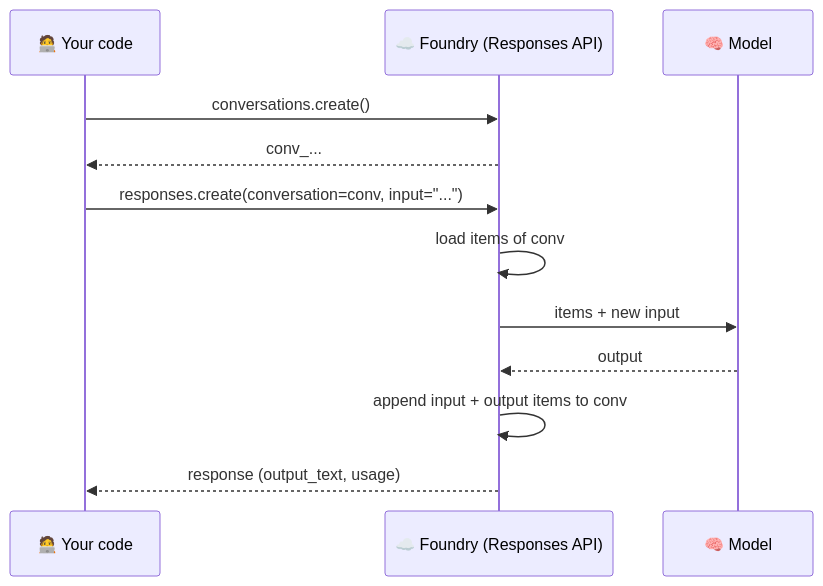
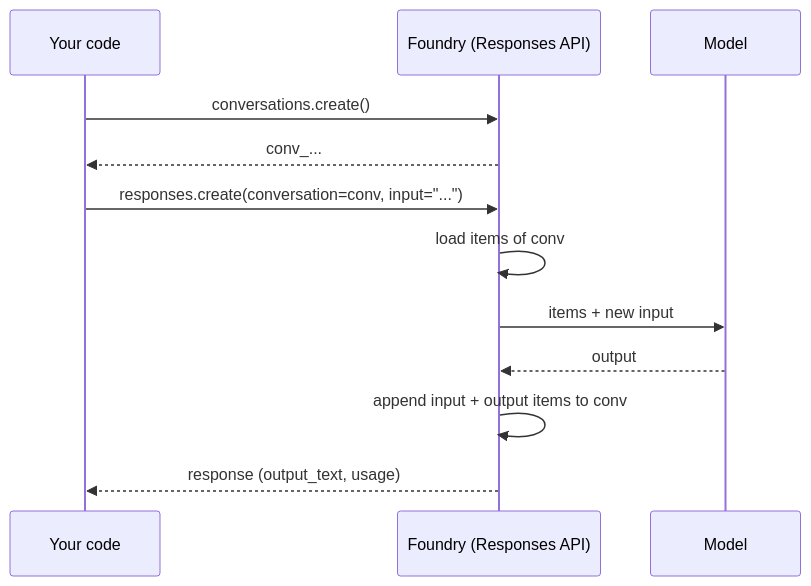
Before and after one commit to nampacx/MS-Foundry-from-0-to-hero: the diagram in docs/conversations.md, drawn with Mermaid. The commit also changed other lines of this file and 37 other files, not shown here.

````diff
--- a/docs/conversations.md
+++ b/docs/conversations.md
@@ -17,14 +17,14 @@
 ```mermaid
 sequenceDiagram
-    participant C as 🧑‍💻 Your code
-    participant F as ☁️ Foundry (Responses API)
-    participant M as 🧠 Model
+    participant C as Your code
+    participant F as Foundry (Responses API)
+    participant M as Model
     C->>F: conversations.create()
     F-->>C: conv_...
     C->>F: responses.create(conversation=conv, input="...")
     F->>F: load items of conv
     F->>M: items + new input
     M-->>F: output
     F->>F: append input + output items to conv
     F-->>C: response (output_text, usage)
 ```
````
